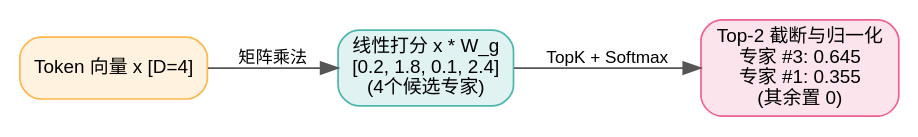
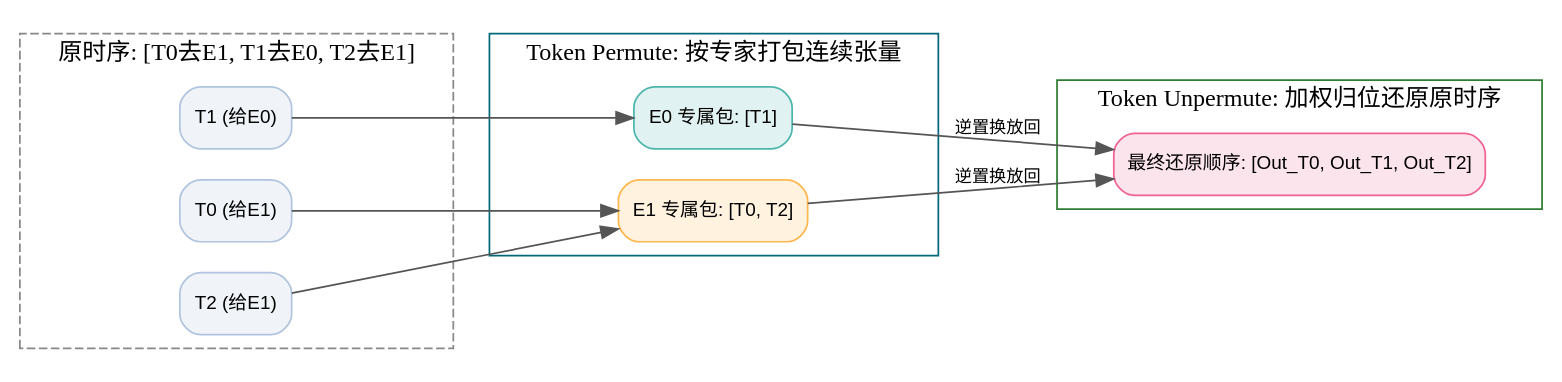
Before and after one commit to hqu-little-boy/blog: the second of 2 diagrams in src/content/posts/dl-operators-07-moe-routing-and-experts-guide.md, drawn with Graphviz. The commit also changed other lines of this file and 11 other files, not shown here.

````diff
--- a/src/content/posts/dl-operators-07-moe-routing-and-experts-guide.md
+++ b/src/content/posts/dl-operators-07-moe-routing-and-experts-guide.md
@@ -144,14 +156,27 @@
 ```graphviz
-digraph MoERouter {
+digraph PermuteFlow {
     rankdir=LR;
     node [fontname="Helvetica,Arial,sans-serif", fontsize=11, shape=rect, style="rounded,filled", fillcolor="#f0f4f8", color="#b0c4de"];
     edge [fontname="Helvetica,Arial,sans-serif", fontsize=10, color="#555555"];
 
-    token [label="Token 向量 x [D=4]", fillcolor="#fff3e0", color="#ffb74d"];
-    logits [label="线性打分 x * W_g\n[0.2, 1.8, 0.1, 2.4]\n(4个候选专家)", fillcolor="#e0f2f1", color="#4db6ac"];
-    top2 [label="Top-2 截断与归一化\n专家 #3: 0.645\n专家 #1: 0.355\n(其余置 0)", fillcolor="#fce4ec", color="#f06292"];
+    subgraph cluster_seq {
+        label = "原时序: [T0去E1, T1去E0, T2去E1]"; style=dashed; color="#888888";
+        t0 [label="T0 (给E1)"]; t1 [label="T1 (给E0)"]; t2 [label="T2 (给E1)"];
+    }
 
-    token -> logits [label="矩阵乘法"];
-    logits -> top2 [label="TopK + Softmax"];
+    subgraph cluster_pack {
+        label = "Token Permute: 按专家打包连续张量"; style=solid; color="#006878";
+        p_e0 [label="E0 专属包: [T1]", fillcolor="#e0f2f1", color="#4db6ac"];
+        p_e1 [label="E1 专属包: [T0, T2]", fillcolor="#fff3e0", color="#ffb74d"];
+    }
+
+    subgraph cluster_back {
+        label = "Token Unpermute: 加权归位还原原时序"; style=solid; color="#2e7d32";
+        out [label="最终还原顺序: [Out_T0, Out_T1, Out_T2]", fillcolor="#fce4ec", color="#f06292"];
+    }
+
+    t1 -> p_e0; t0 -> p_e1; t2 -> p_e1;
+    p_e0 -> out [label="逆置换放回"];
+    p_e1 -> out [label="逆置换放回"];
 }
 ```
````
